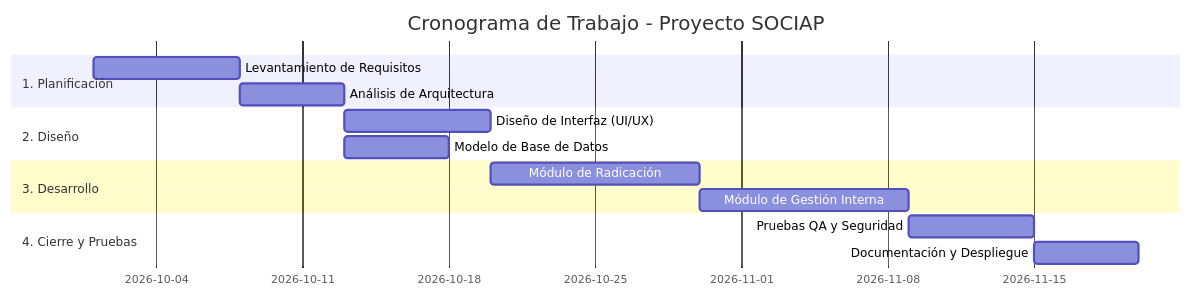
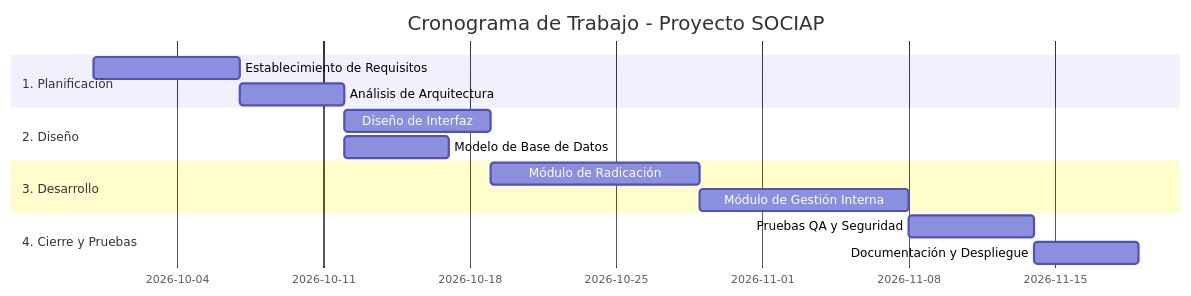
Before and after one commit to karenochoa-jpg/Red-de-Participaci-n-y-Atenci-n-Ciudadana: the diagram in README.md, drawn with Mermaid.

````diff
--- a/README.md
+++ b/README.md
@@ -74,17 +74,17 @@
 ```mermaid
 gantt
     title Cronograma de Trabajo - Proyecto SOCIAP
     dateFormat  YYYY-MM-DD
     section 1. Planificación
-    Levantamiento de Requisitos  :a1, 2026-10-01, 7d
+    Establecimiento de Requisitos  :a1, 2026-09-30, 7d
     Análisis de Arquitectura      :a2, after a1, 5d
     section 2. Diseño
-    Diseño de Interfaz (UI/UX)    :b1, after a2, 7d
+    Diseño de Interfaz           :b1, after a2, 7d
     Modelo de Base de Datos      :b2, after a2, 5d
     section 3. Desarrollo
     Módulo de Radicación          :c1, after b1, 10d
     Módulo de Gestión Interna     :c2, after c1, 10d
     section 4. Cierre y Pruebas
     Pruebas QA y Seguridad       :d1, after c2, 6d
     Documentación y Despliegue   :d2, after d1, 5d
 ```
````
